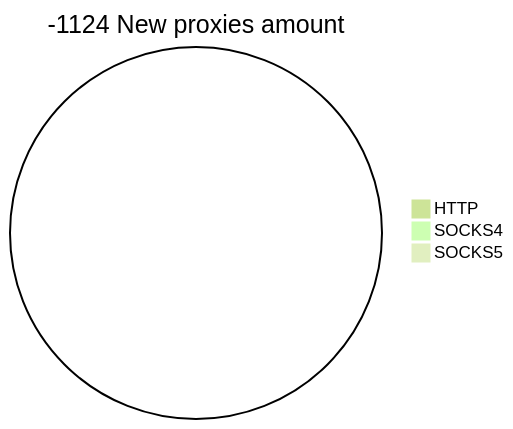
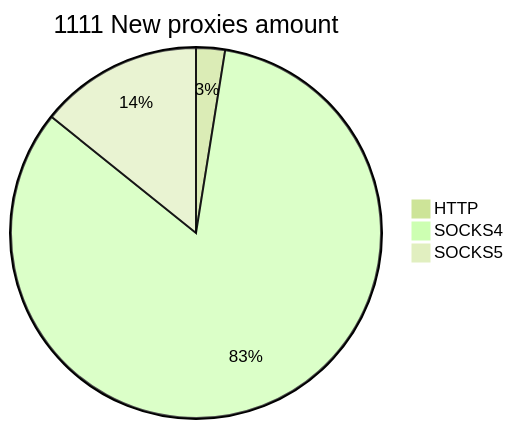
Before and after one commit to cutipu/proxylist: the second of 2 diagrams in README.md, drawn with Mermaid (forest theme). The commit also changed other lines of this file, not shown here.

````diff
--- a/README.md
+++ b/README.md
@@ -10,6 +10,6 @@
 ```mermaid
-pie title -1124 New proxies amount
-    "HTTP" : 0
-    "SOCKS4" : 0
-    "SOCKS5" : 0
+pie title 1111 New proxies amount
+    "HTTP" : 28
+    "SOCKS4" : 925
+    "SOCKS5" : 158
 ```
````
